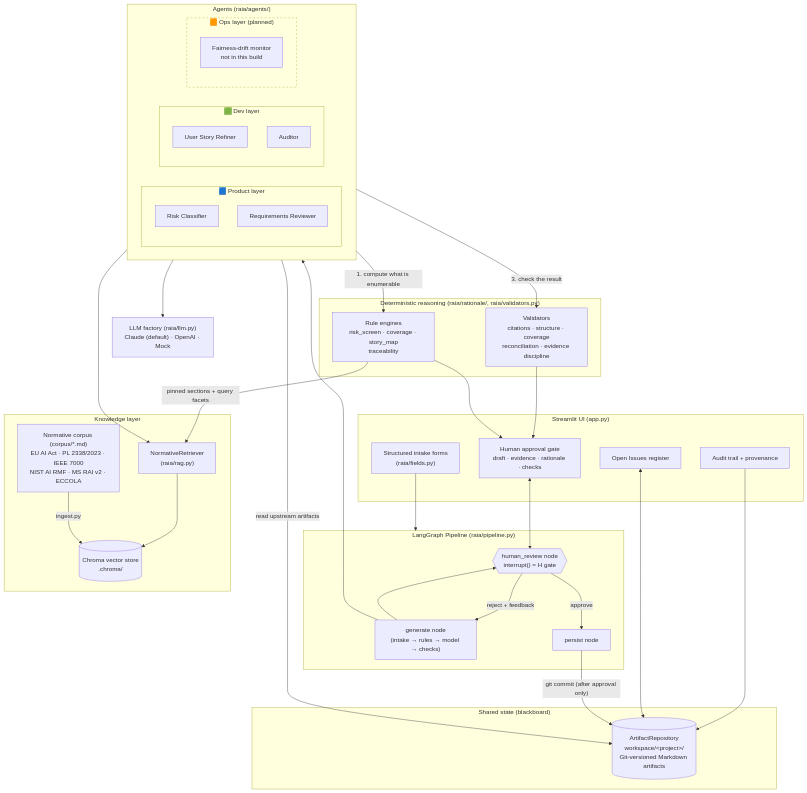
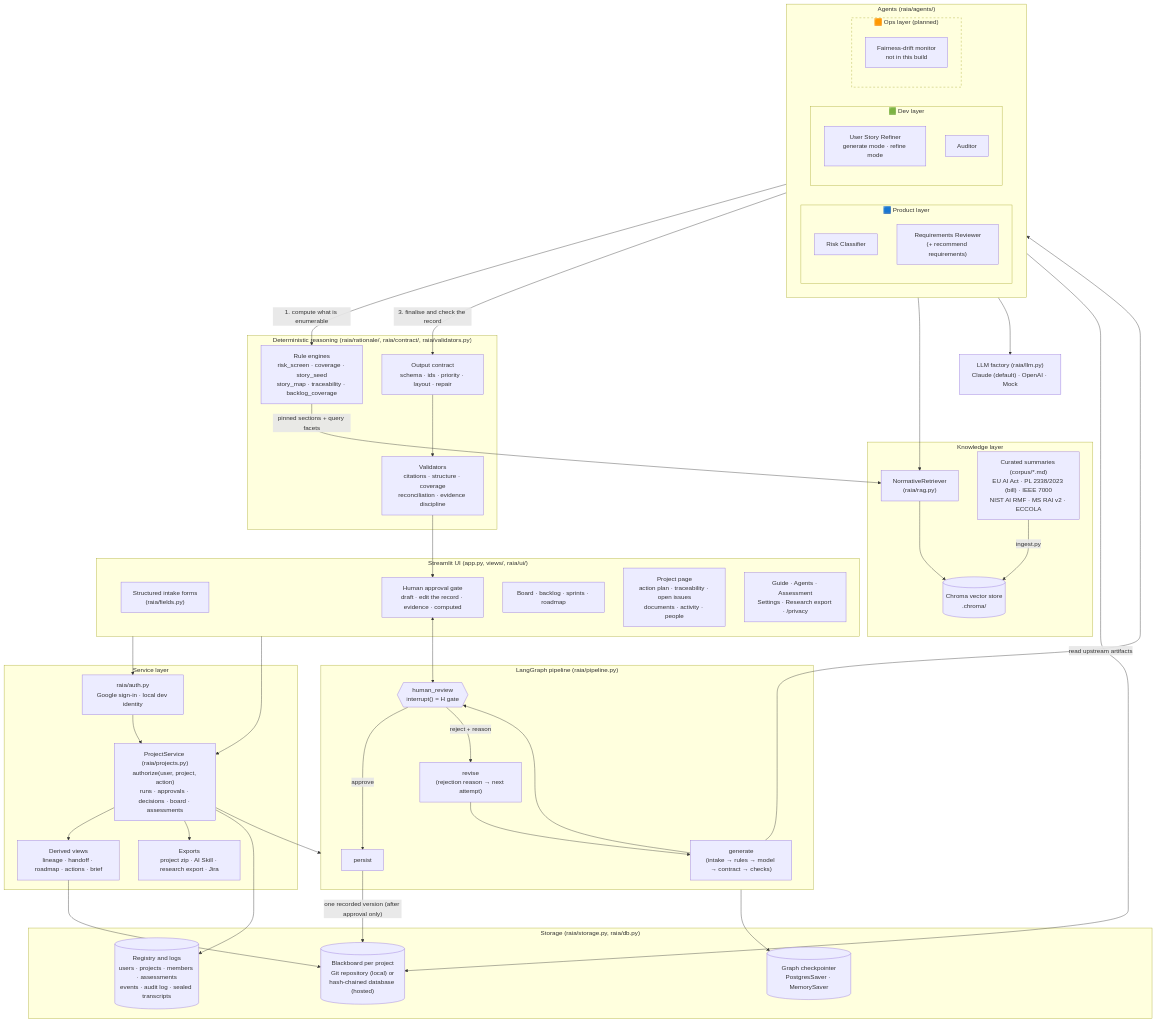
The first of 12 diagrams in docs/architecture.md (DiogoCampanha/raia), drawn with Mermaid before and after one commit. The commit also changed other lines of this file and 16 other files, not shown here.

````diff
--- a/docs/architecture.md
+++ b/docs/architecture.md
@@ -18,28 +20,37 @@
 ```mermaid
 flowchart TB
-    subgraph UI["Streamlit UI (app.py)"]
+    subgraph UI["Streamlit UI (app.py, views/, raia/ui/)"]
         FORM["Structured intake forms<br/>(raia/fields.py)"]
-        REVIEW["Human approval gate<br/>draft · evidence · rationale · checks"]
-        ISSUES["Open Issues register"]
-        TRAIL["Audit trail + provenance"]
+        REVIEW["Human approval gate<br/>draft · edit the record · evidence · computed"]
+        BOARD["Board · backlog · sprints · roadmap"]
+        PROJ["Project page<br/>action plan · traceability · open issues<br/>documents · activity · people"]
+        ASSESS["Guide · Agents · Assessment<br/>Settings · Research export · /privacy"]
     end
 
-    subgraph PIPE["LangGraph Pipeline (raia/pipeline.py)"]
-        GEN["generate node<br/>(intake → rules → model → checks)"]
-        HUM{{"human_review node<br/>interrupt() = H gate"}}
-        PERS["persist node"]
+    subgraph SVC["Service layer"]
+        AUTH["raia/auth.py<br/>Google sign-in · local dev identity"]
+        PS["ProjectService (raia/projects.py)<br/>authorize(user, project, action)<br/>runs · approvals · decisions · board · assessments"]
+        DERIVE["Derived views<br/>lineage · handoff · roadmap · actions · brief"]
+        OUT["Exports<br/>project zip · AI Skill · research export · Jira"]
+    end
+
+    subgraph PIPE["LangGraph pipeline (raia/pipeline.py)"]
+        GEN["generate<br/>(intake → rules → model → contract → checks)"]
+        HUM{{"human_review<br/>interrupt() = H gate"}}
+        REV["revise<br/>(rejection reason → next attempt)"]
+        PERS["persist"]
         GEN --> HUM
         HUM -- approve --> PERS
-        HUM -- reject + feedback --> GEN
+        HUM -- "reject + reason" --> REV --> GEN
     end
 
     subgraph AGENTS["Agents (raia/agents/)"]
         subgraph PROD["🟦 Product layer"]
             RC["Risk Classifier"]
-            RR["Requirements Reviewer"]
+            RR["Requirements Reviewer<br/>(+ recommend requirements)"]
         end
         subgraph DEV["🟩 Dev layer"]
-            SR["User Story Refiner"]
+            SR["User Story Refiner<br/>generate mode · refine mode"]
             AU["Auditor"]
         end
         subgraph OPS["🟧 Ops layer (planned)"]
@@ -47,38 +58,45 @@
         end
     end
 
-    subgraph REASON["Deterministic reasoning (raia/rationale/, raia/validators.py)"]
-        ENG["Rule engines<br/>risk_screen · coverage · story_map<br/>traceability"]
+    subgraph REASON["Deterministic reasoning (raia/rationale/, raia/contract/, raia/validators.py)"]
+        ENG["Rule engines<br/>risk_screen · coverage · story_seed<br/>story_map · traceability · backlog_coverage"]
+        CON["Output contract<br/>schema · ids · priority · layout · repair"]
         VAL["Validators<br/>citations · structure · coverage<br/>reconciliation · evidence discipline"]
     end
 
     subgraph KNOW["Knowledge layer"]
         RAG["NormativeRetriever<br/>(raia/rag.py)"]
         CHROMA[("Chroma vector store<br/>.chroma/")]
-        CORPUS["Normative corpus (corpus/*.md)<br/>EU AI Act · PL 2338/2023 · IEEE 7000<br/>NIST AI RMF · MS RAI v2 · ECCOLA"]
+        CORPUS["Curated summaries (corpus/*.md)<br/>EU AI Act · PL 2338/2023 (bill) · IEEE 7000<br/>NIST AI RMF · MS RAI v2 · ECCOLA"]
     end
 
-    subgraph STATE["Shared state (blackboard)"]
-        REPO[("ArtifactRepository<br/>workspace/&lt;project&gt;/<br/>Git-versioned Markdown artifacts")]
+    subgraph STATE["Storage (raia/storage.py, raia/db.py)"]
+        REPO[("Blackboard per project<br/>Git repository (local) or<br/>hash-chained database (hosted)")]
+        REG[("Registry and logs<br/>users · projects · members · assessments<br/>events · audit log · sealed transcripts")]
+        CP[("Graph checkpointer<br/>PostgresSaver · MemorySaver")]
     end
 
     LLM["LLM factory (raia/llm.py)<br/>Claude (default) · OpenAI · Mock"]
 
-    FORM --> PIPE
+    UI --> AUTH --> PS
+    UI --> PS
+    PS --> PIPE
+    PS --> DERIVE
+    PS --> OUT
     REVIEW <--> HUM
-    TRAIL --> REPO
-    ISSUES <--> REPO
     GEN --> AGENTS
     AGENTS -- "1. compute what is enumerable" --> ENG
     ENG -- "pinned sections + query facets" --> RAG
-    AGENTS -- "3. check the result" --> VAL
+    AGENTS -- "3. finalise and check the record" --> CON --> VAL
     VAL --> REVIEW
-    ENG --> REVIEW
     AGENTS --> RAG
     RAG --> CHROMA
     CORPUS -- "ingest.py" --> CHROMA
     AGENTS --> LLM
     AGENTS -- "read upstream artifacts" --> REPO
-    PERS -- "git commit (after approval only)" --> REPO
+    PERS -- "one recorded version (after approval only)" --> REPO
+    PIPE --> CP
+    PS --> REG
+    DERIVE --> REPO
     style OPS stroke-dasharray: 5 5
 ```
````
